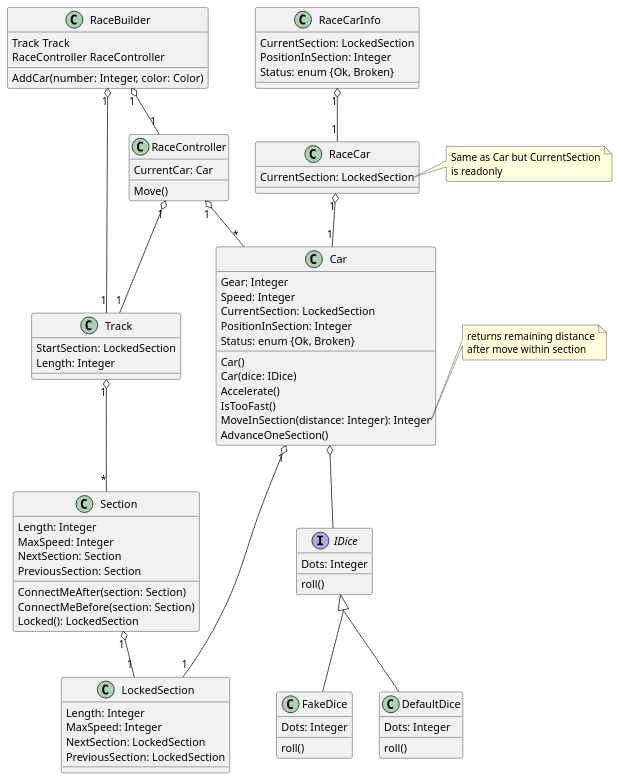
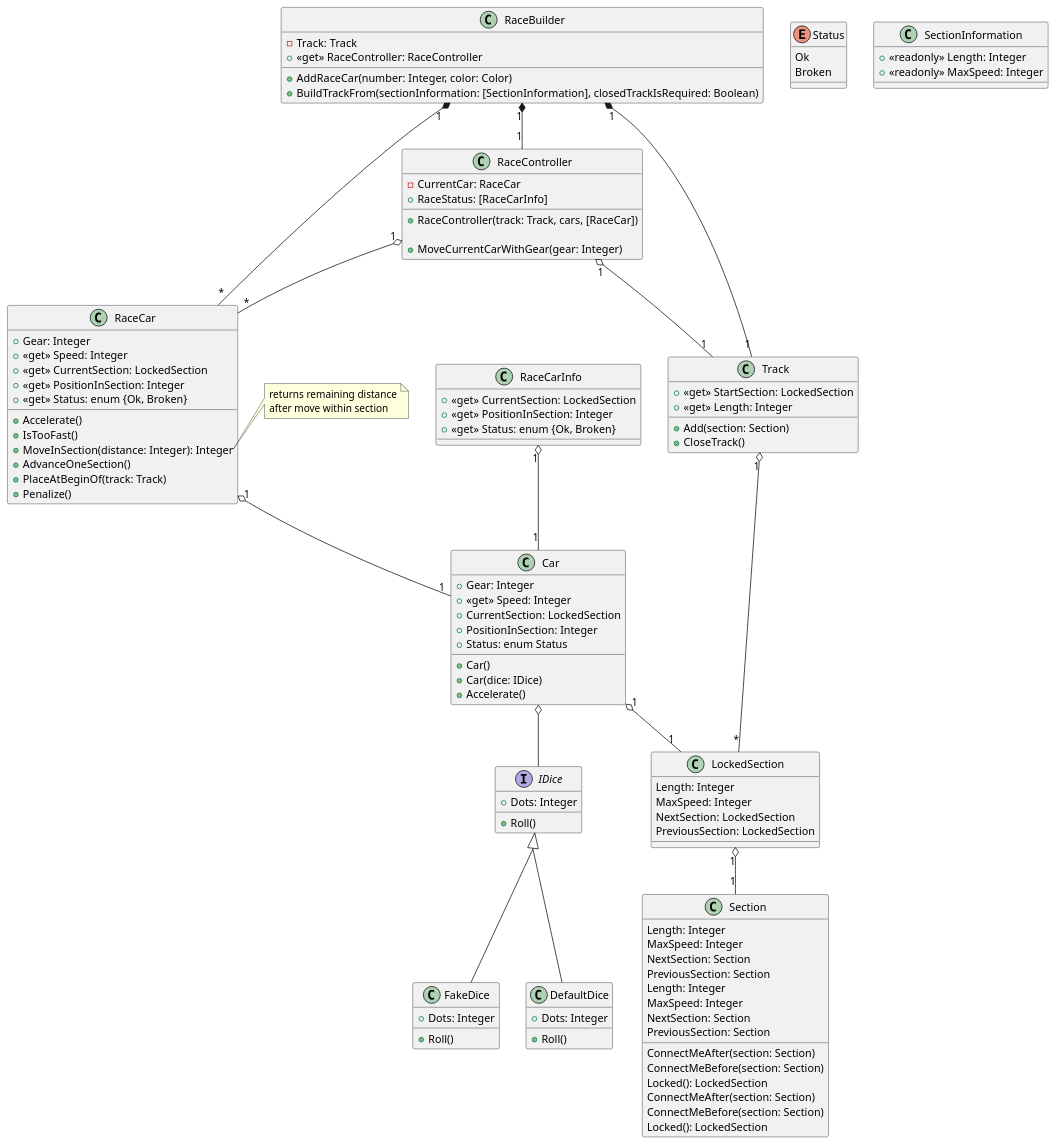
One commit to htl-leo-syp-project-organization/if.05.61_00-class-materials changed the second of 2 diagrams in Units/UnitTesting/CarRace/Readme.md. Above: the diagram before and after it, drawn with PlantUML. The commit also changed other lines of this file and 4 other files, not shown here.

Commit message:
Intermediate state with RaceBuilder introduced

````diff
--- a/Units/UnitTesting/CarRace/Readme.md
+++ b/Units/UnitTesting/CarRace/Readme.md
@@ -5,64 +73,39 @@
 skinparam groupInheritance 2
 
 interface IDice {
-    Dots: Integer 
-    roll()
+    + Dots: Integer 
+    + Roll()
 }
 
 class FakeDice {
-    Dots: Integer 
-    roll()
+    + Dots: Integer 
+    + Roll()
 }
 
 class DefaultDice {
-    Dots: Integer 
-    roll()
+    + Dots: Integer 
+    + Roll()
 }
 
 IDice <|-- FakeDice
 IDice <|-- DefaultDice
 
+class Car {
+    + Gear: Integer
+    + <<get>> Speed: Integer
+    + CurrentSection: LockedSection
+    + PositionInSection: Integer
+    + Status: enum Status
 
-class Car {
-    Gear: Integer
-    Speed: Integer
-    CurrentSection: LockedSection
-    PositionInSection: Integer
-    Status: enum {Ok, Broken}
-
-    Car()
-    Car(dice: IDice)
-    Accelerate()
-    IsTooFast()
-    MoveInSection(distance: Integer): Integer
-    AdvanceOneSection()
+    + Car()
+    + Car(dice: IDice)
+    + Accelerate()
 }
 
-note right of Car::MoveInSection
-    returns remaining distance
-    after move within section
-endnote
-
-Car o-- IDice
-Car "1" o-- "1" LockedSection
-
-class RaceCar {
-    CurrentSection: LockedSection
+enum Status {
+    Ok
+    Broken
 }
-RaceCar "1" o-- "1" Car
-
-note right of RaceCar::CurrentSection
-    Same as Car but CurrentSection
-    is readonly
-endnote
-
-class RaceCarInfo {
-    CurrentSection: LockedSection
-    PositionInSection: Integer
-    Status: enum {Ok, Broken}
-
-}
-RaceCarInfo "1" o-- "1" RaceCar
 
 class Section {
     Length: Integer
@@ -74,7 +117,49 @@
     Locked(): LockedSection
 }
 
-Section "1" o-- "1" LockedSection
+Car o-- IDice
+Car "1" o-- "1" LockedSection
+
+class RaceCar {
+    + Gear: Integer
+    + <<get>> Speed: Integer
+    + <<get>> CurrentSection: LockedSection
+    + <<get>> PositionInSection: Integer
+    + <<get>> Status: enum {Ok, Broken}
+
+    + Accelerate()
+    + IsTooFast()
+    + MoveInSection(distance: Integer): Integer
+    + AdvanceOneSection()
+    + PlaceAtBeginOf(track: Track)
+    + Penalize()
+}
+
+note right of RaceCar::MoveInSection
+    returns remaining distance
+    after move within section
+endnote
+
+RaceCar "1" o-- "1" Car
+
+class RaceCarInfo {
+    + <<get>> CurrentSection: LockedSection
+    + <<get>> PositionInSection: Integer
+    + <<get>> Status: enum {Ok, Broken}
+}
+RaceCarInfo "1" o-- "1" Car
+
+class Section {
+    Length: Integer
+    MaxSpeed: Integer
+    NextSection: Section
+    PreviousSection: Section
+    ConnectMeAfter(section: Section)
+    ConnectMeBefore(section: Section)
+    Locked(): LockedSection
+}
+
+LockedSection "1" o-- "1" Section
 
 class LockedSection {
     Length: Integer
@@ -84,25 +169,39 @@
 }
 
 class Track {
-    StartSection: LockedSection
-    Length: Integer
+    + <<get>> StartSection: LockedSection
+    + <<get>> Length: Integer
+
+    + Add(section: Section)
+    + CloseTrack()
 }
-Track "1" o-- "*" Section
+Track "1" o-- "*" LockedSection
 
 class RaceController {
-    CurrentCar: Car
-    Move()
+    - CurrentCar: RaceCar
+    + RaceStatus: [RaceCarInfo]
+
+    + RaceController(track: Track, cars, [RaceCar])
+
+    + MoveCurrentCarWithGear(gear: Integer)
 }
-RaceController "1" o-- "*" Car
+RaceController "1" o-- "*" RaceCar
 RaceController "1" o-- "1" Track
 
 class RaceBuilder {
-    Track Track
-    RaceController RaceController
+    - Track: Track
+    + <<get>> RaceController: RaceController
 
-    AddCar(number: Integer, color: Color)
+    + AddRaceCar(number: Integer, color: Color)
+    + BuildTrackFrom(sectionInformation: [SectionInformation], closedTrackIsRequired: Boolean)
 }
-RaceBuilder "1" o-- "1" RaceController
-RaceBuilder "1" o-- "1" Track
+RaceBuilder "1" *-- "1" RaceController
+RaceBuilder "1" *-- "1" Track
+RaceBuilder "1" *-- "*" RaceCar
+
+class SectionInformation {
+    + <<readonly>> Length: Integer
+    + <<readonly>> MaxSpeed: Integer
+}
 @enduml
 ```
````
